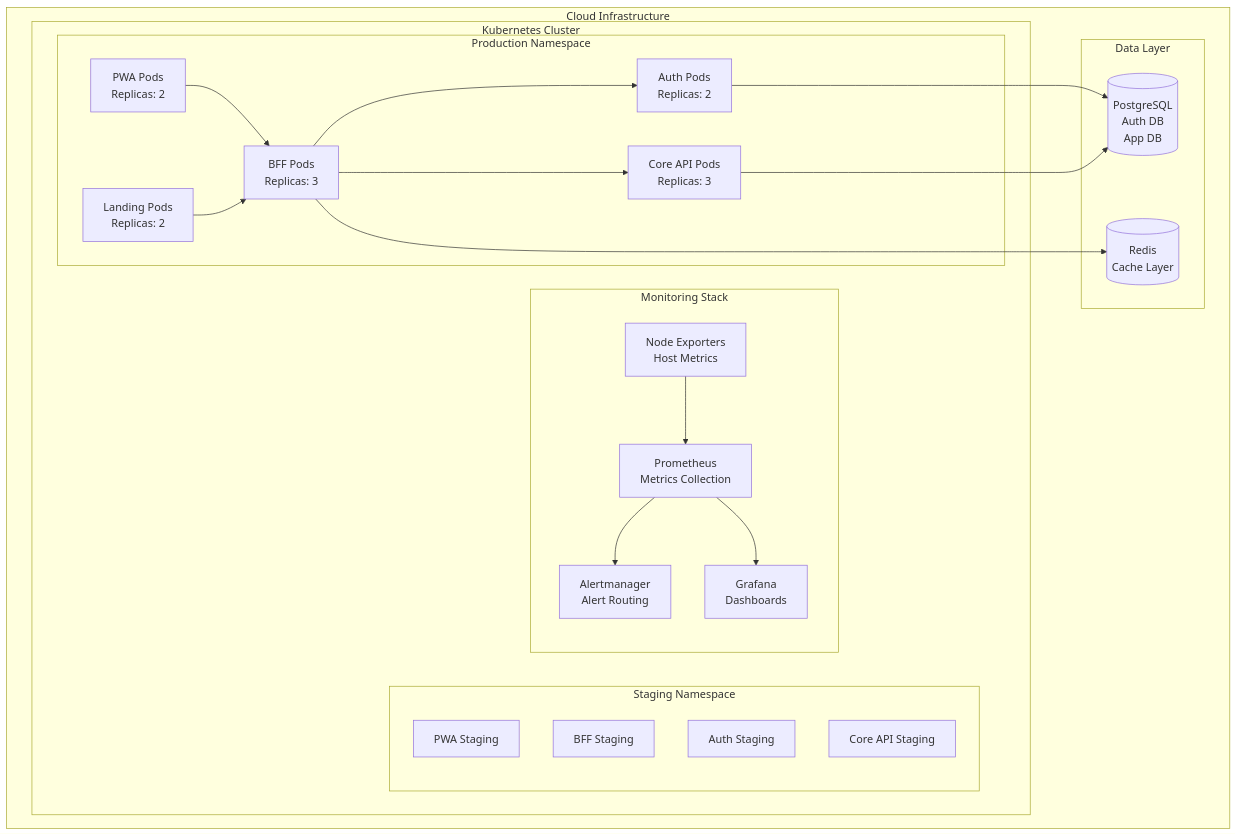
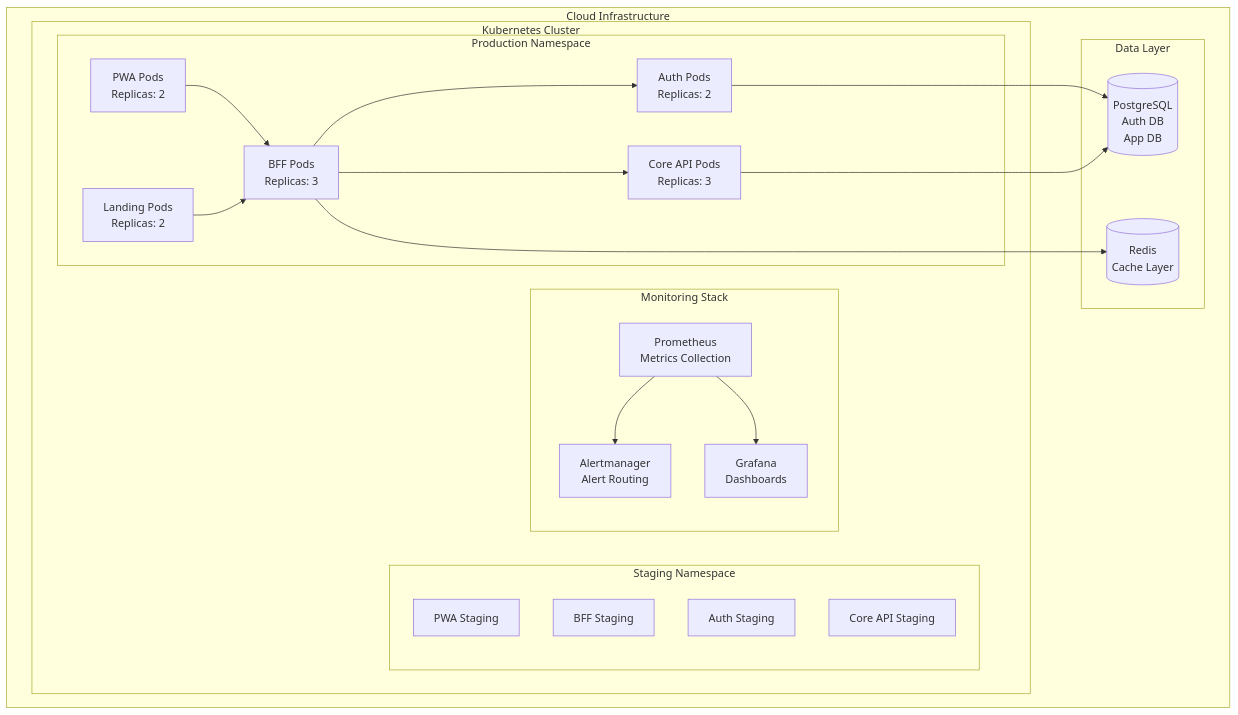
The second of 4 diagrams in pages/architecture.mdx (goalixa/goalixa.github.io), drawn with Mermaid before and after one commit. The commit also changed other lines of this file and 8 other files, not shown here.

````diff
--- a/pages/architecture.mdx
+++ b/pages/architecture.mdx
@@ -110,45 +98,43 @@
 ```mermaid
 graph TB
     subgraph "Cloud Infrastructure"
         subgraph "Kubernetes Cluster"
             subgraph "Production Namespace"
                 PWA[PWA Pods<br/>Replicas: 2]
                 Landing[Landing Pods<br/>Replicas: 2]
                 BFF[BFF Pods<br/>Replicas: 3]
                 Auth[Auth Pods<br/>Replicas: 2]
                 Core[Core API Pods<br/>Replicas: 3]
             end
 
             subgraph "Staging Namespace"
                 PWAStg[PWA Staging]
                 BFFStg[BFF Staging]
                 AuthStg[Auth Staging]
                 CoreStg[Core API Staging]
             end
 
             subgraph "Monitoring Stack"
                 Prometheus[Prometheus<br/>Metrics Collection]
                 Grafana[Grafana<br/>Dashboards]
                 AlertMgr[Alertmanager<br/>Alert Routing]
-                NodeExp[Node Exporters<br/>Host Metrics]
             end
         end
 
         subgraph "Data Layer"
             PG[(PostgreSQL<br/>Auth DB<br/>App DB)]
             Redis[(Redis<br/>Cache Layer)]
         end
 
         PWA --> BFF
         Landing --> BFF
         BFF --> Auth
         BFF --> Core
         BFF --> Redis
         Auth --> PG
         Core --> PG
 
-        NodeExp --> Prometheus
         Prometheus --> AlertMgr
         Prometheus --> Grafana
     end
 ```
````
